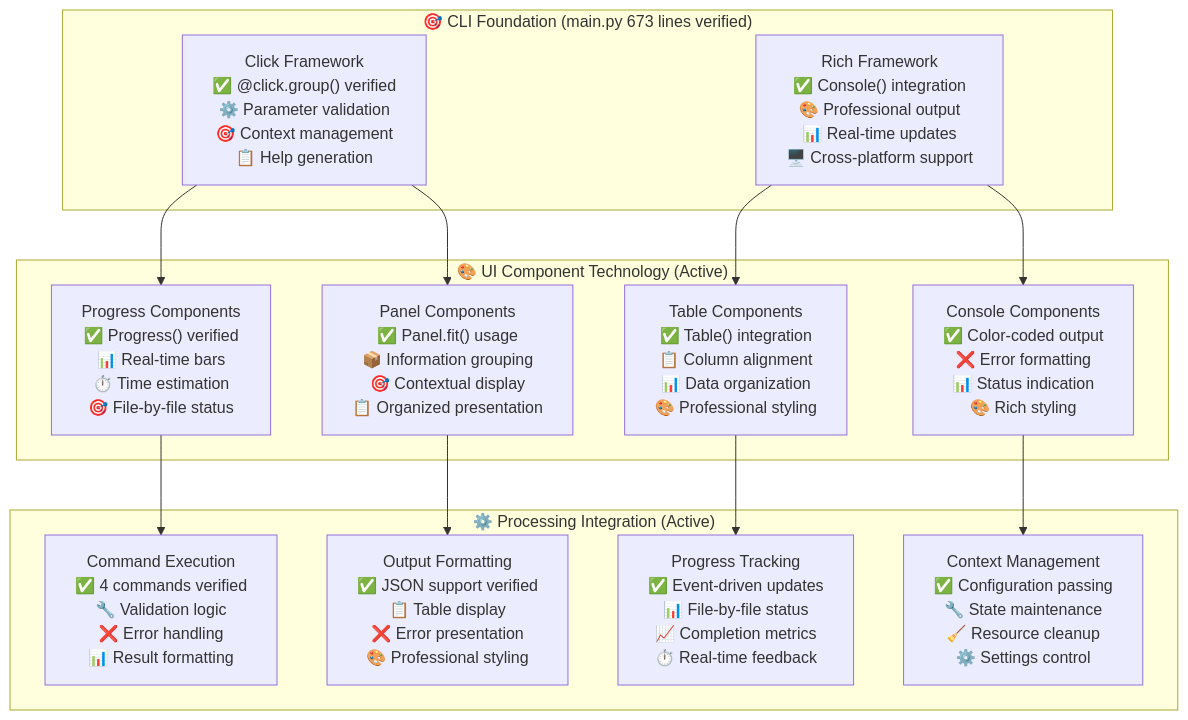
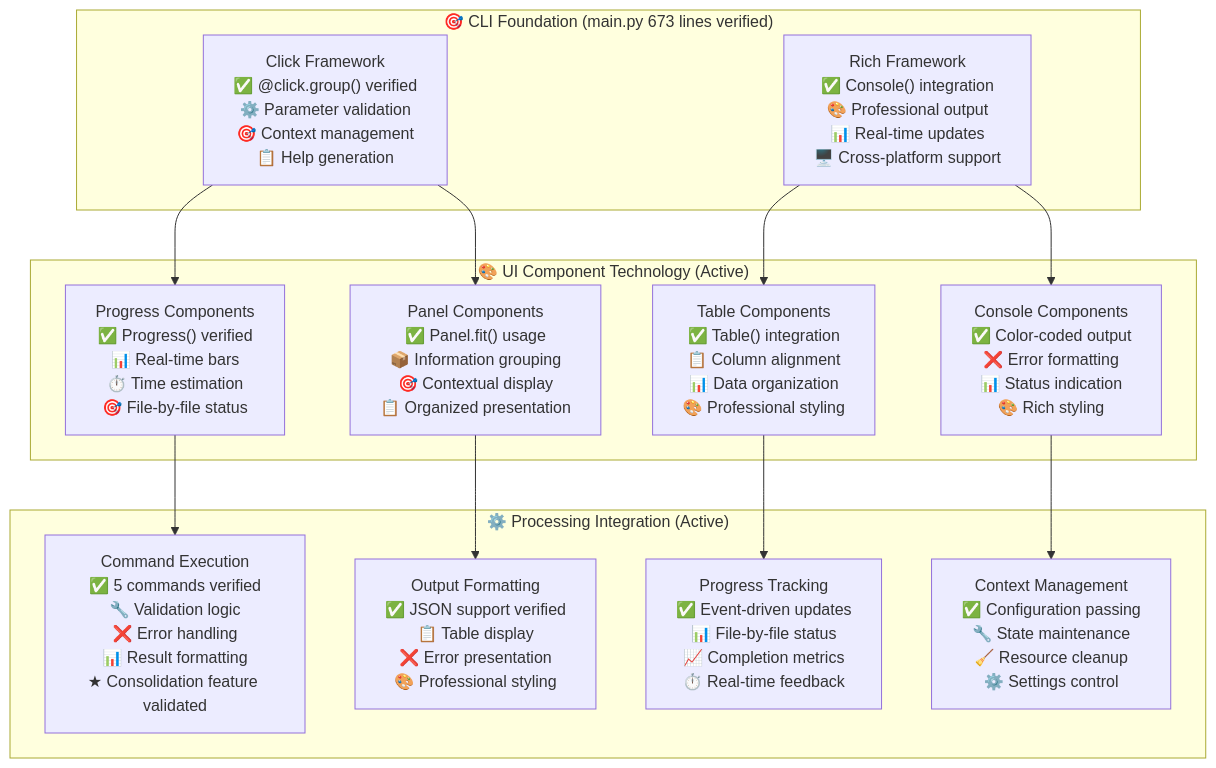
Before and after one commit to EduuardoPerez/financial-statement-processor: the fourth of 14 diagrams in memory-bank/techContext.md, drawn with Mermaid. The commit also changed other lines of this file and 20 other files, not shown here.

Commit message:
feat: Implement consolidation feature in financial statement processor

````diff
--- a/memory-bank/techContext.md
+++ b/memory-bank/techContext.md
@@ -132,38 +133,38 @@
 ```mermaid
 graph TB
     subgraph "🎯 CLI Foundation (main.py 673 lines verified)"
         CLICK_CORE["Click Framework<br/>✅ @click.group() verified<br/>⚙️ Parameter validation<br/>🎯 Context management<br/>📋 Help generation"]
 
         RICH_CORE["Rich Framework<br/>✅ Console() integration<br/>🎨 Professional output<br/>📊 Real-time updates<br/>🖥️ Cross-platform support"]
     end
 
     subgraph "🎨 UI Component Technology (Active)"
         PROGRESS_COMP["Progress Components<br/>✅ Progress() verified<br/>📊 Real-time bars<br/>⏱️ Time estimation<br/>🎯 File-by-file status"]
 
         TABLE_COMP["Table Components<br/>✅ Table() integration<br/>📋 Column alignment<br/>📊 Data organization<br/>🎨 Professional styling"]
 
         PANEL_COMP["Panel Components<br/>✅ Panel.fit() usage<br/>📦 Information grouping<br/>🎯 Contextual display<br/>📋 Organized presentation"]
 
         CONSOLE_COMP["Console Components<br/>✅ Color-coded output<br/>❌ Error formatting<br/>📊 Status indication<br/>🎨 Rich styling"]
     end
 
     subgraph "⚙️ Processing Integration (Active)"
-        COMMAND_EXEC["Command Execution<br/>✅ 4 commands verified<br/>🔧 Validation logic<br/>❌ Error handling<br/>📊 Result formatting"]
+        COMMAND_EXEC["Command Execution<br/>✅ 5 commands verified<br/>🔧 Validation logic<br/>❌ Error handling<br/>📊 Result formatting<br/>★ Consolidation feature validated"]
 
         PROGRESS_TRACK["Progress Tracking<br/>✅ Event-driven updates<br/>📊 File-by-file status<br/>📈 Completion metrics<br/>⏱️ Real-time feedback"]
 
         OUTPUT_FORMAT["Output Formatting<br/>✅ JSON support verified<br/>📋 Table display<br/>❌ Error presentation<br/>🎨 Professional styling"]
 
         CONTEXT_MGMT["Context Management<br/>✅ Configuration passing<br/>🔧 State maintenance<br/>🧹 Resource cleanup<br/>⚙️ Settings control"]
     end
 
     CLICK_CORE --> PROGRESS_COMP
     RICH_CORE --> TABLE_COMP
     CLICK_CORE --> PANEL_COMP
     RICH_CORE --> CONSOLE_COMP
 
     PROGRESS_COMP --> COMMAND_EXEC
     TABLE_COMP --> PROGRESS_TRACK
     PANEL_COMP --> OUTPUT_FORMAT
     CONSOLE_COMP --> CONTEXT_MGMT
 ```
````
